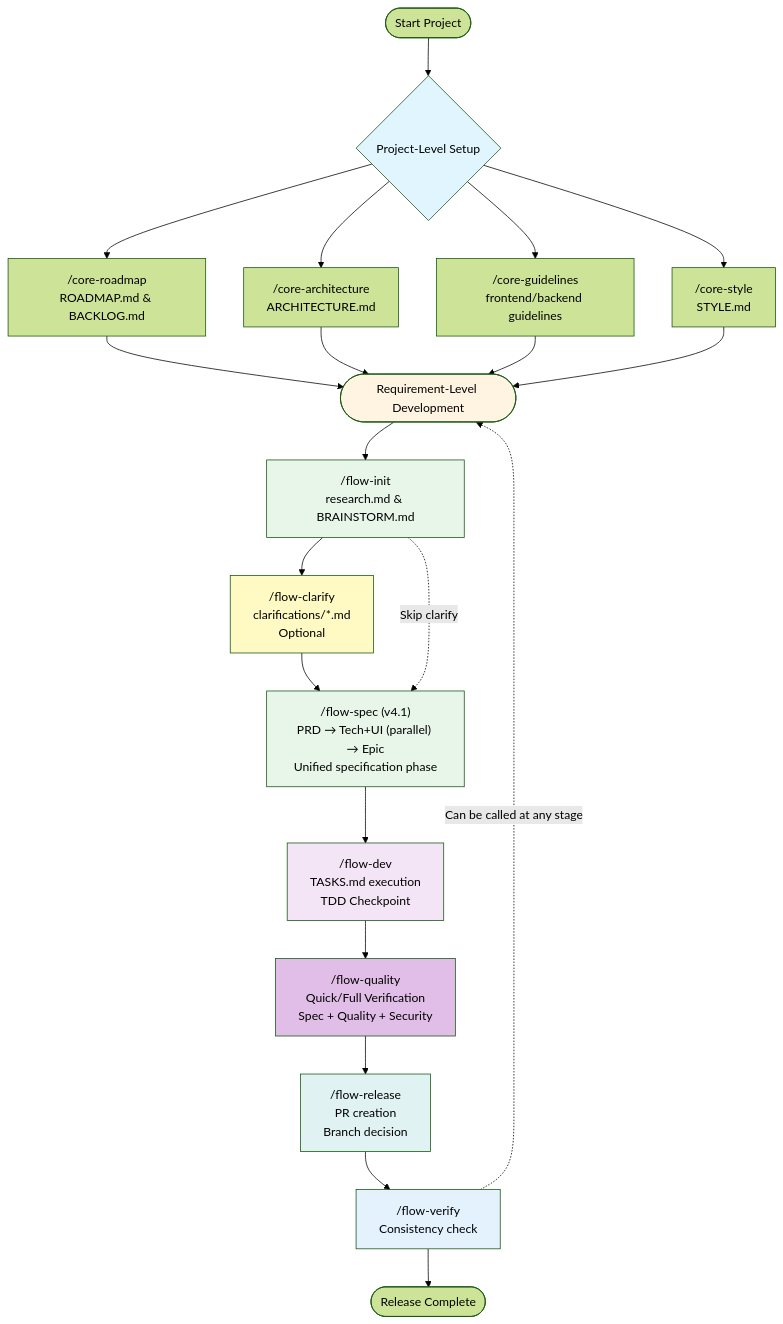
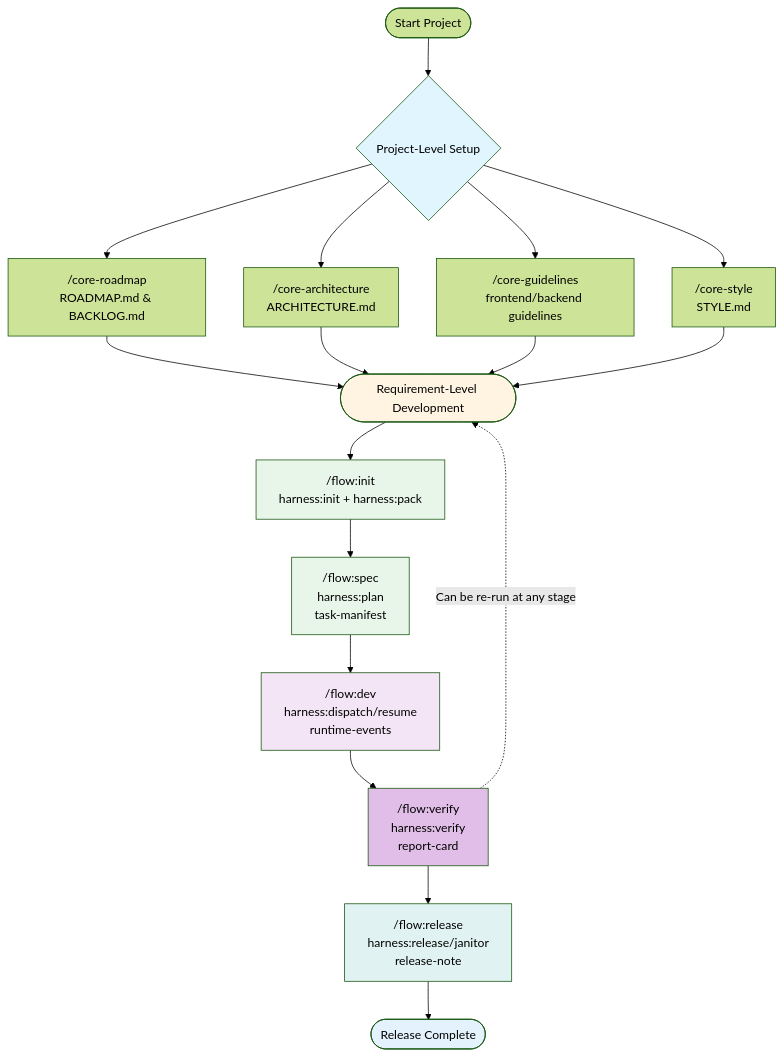
One commit to Dimon94/cc-devflow changed the diagram in README.md. Above: the diagram before and after it, drawn with Mermaid (forest theme). The commit also changed other lines of this file and 46 other files, not shown here.

Commit message:
refactor(flow): simplify workflow docs and align /flow:* commands

````diff
--- a/README.md
+++ b/README.md
@@ -302,42 +306,32 @@
 ```mermaid
 graph TB
     Start([Start Project]) --> ProjectLevel{Project-Level Setup}
 
     ProjectLevel --> CoreRoadmap["/core-roadmap<br/>ROADMAP.md & BACKLOG.md"]
     ProjectLevel --> CoreArch["/core-architecture<br/>ARCHITECTURE.md"]
     ProjectLevel --> CoreGuidelines["/core-guidelines<br/>frontend/backend guidelines"]
     ProjectLevel --> CoreStyle["/core-style<br/>STYLE.md"]
 
     CoreRoadmap --> ReqLevel
     CoreArch --> ReqLevel
     CoreGuidelines --> ReqLevel
     CoreStyle --> ReqLevel
 
-    ReqLevel([Requirement-Level Development]) --> FlowInit["/flow-init<br/>research.md & BRAINSTORM.md"]
+    ReqLevel([Requirement-Level Development]) --> FlowInit["/flow:init<br/>harness:init + harness:pack"]
+    FlowInit --> FlowSpec["/flow:spec<br/>harness:plan<br/>task-manifest"]
+    FlowSpec --> FlowDev["/flow:dev<br/>harness:dispatch/resume<br/>runtime-events"]
+    FlowDev --> FlowVerify["/flow:verify<br/>harness:verify<br/>report-card"]
+    FlowVerify --> FlowRelease["/flow:release<br/>harness:release/janitor<br/>release-note"]
+    FlowRelease --> End([Release Complete])
 
-    FlowInit --> FlowClarify["/flow-clarify<br/>clarifications/*.md<br/>Optional"]
-    FlowClarify --> FlowSpec["/flow-spec (v4.1)<br/>PRD → Tech+UI (parallel) → Epic<br/>Unified specification phase"]
-    FlowInit -.->|Skip clarify| FlowSpec
-
-    FlowSpec --> FlowDev["/flow-dev<br/>TASKS.md execution<br/>TDD Checkpoint"]
-
-    FlowDev --> FlowQuality["/flow-quality<br/>Quick/Full Verification<br/>Spec + Quality + Security"]
-
-    FlowQuality --> FlowRelease["/flow-release<br/>PR creation<br/>Branch decision"]
-
-    FlowRelease --> FlowVerify["/flow-verify<br/>Consistency check"]
-
-    FlowVerify --> End([Release Complete])
-
-    FlowVerify -.->|Can be called at any stage| ReqLevel
+    FlowVerify -.->|Can be re-run at any stage| ReqLevel
 
     style ProjectLevel fill:#e1f5ff
     style ReqLevel fill:#fff4e1
     style FlowInit fill:#e8f5e9
-    style FlowClarify fill:#fff9c4
     style FlowSpec fill:#e8f5e9
     style FlowDev fill:#f3e5f5
-    style FlowQuality fill:#e1bee7
+    style FlowVerify fill:#e1bee7
     style FlowRelease fill:#e0f2f1
-    style FlowVerify fill:#e3f2fd
+    style End fill:#e3f2fd
 ```
````
